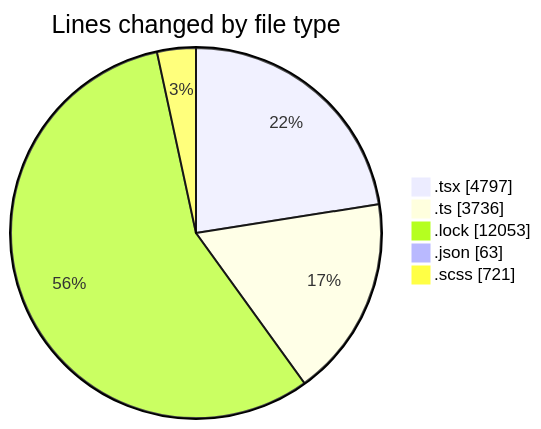
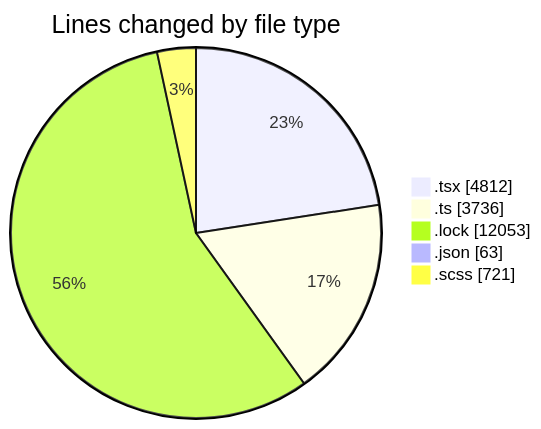
Before and after one commit to momahboobian/code-tracking: the first of 2 diagrams in 2025-12-03/cda/README.md, drawn with Mermaid. The commit also changed other lines of this file and 1 other file, not shown here.

````diff
--- a/2025-12-03/cda/README.md
+++ b/2025-12-03/cda/README.md
@@ -32,9 +32,9 @@
 ```mermaid
 pie showData
 title Lines changed by file type
-".tsx" : 4797
+".tsx" : 4812
 ".ts" : 3736
 ".lock" : 12053
 ".json" : 63
 ".scss" : 721
 ```
````
